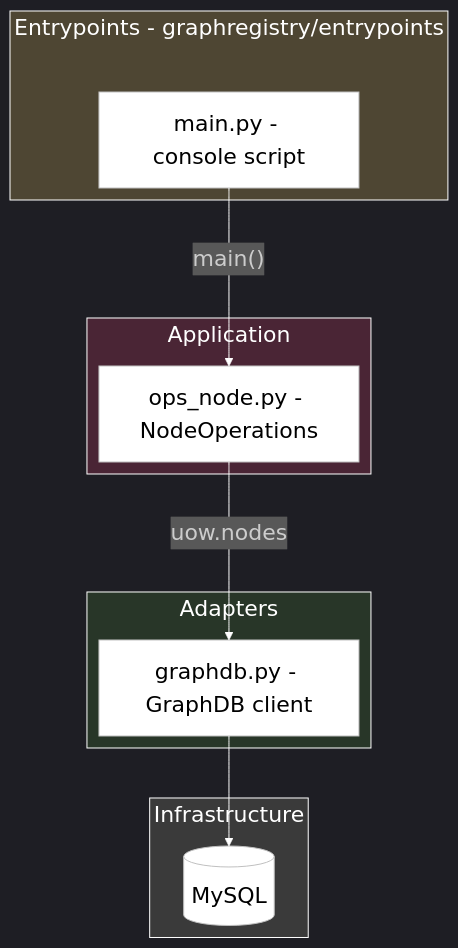
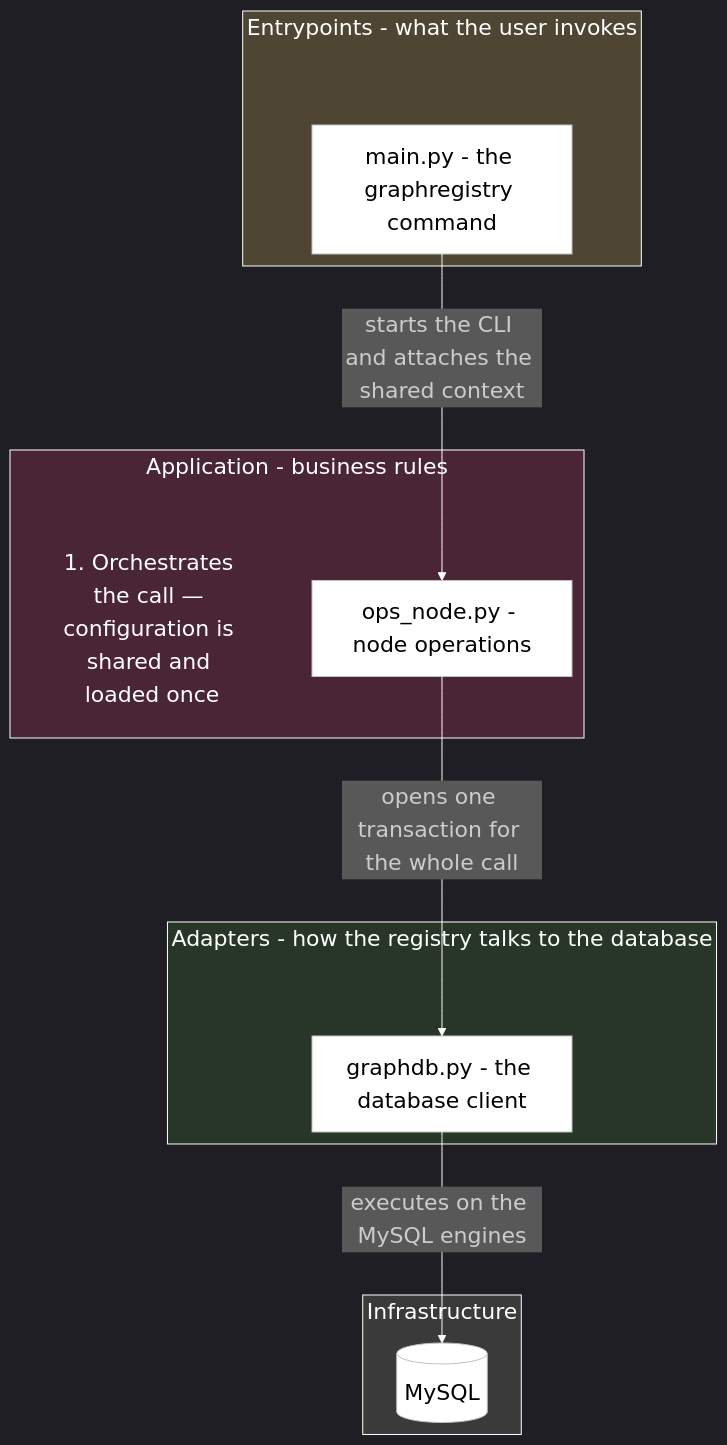
The diagram in skills/sketching/SKILL.md (epflgraph/graphagents), drawn with Mermaid before and after one commit. The commit also changed other lines of this file and 1 other file, not shown here.

````diff
--- a/skills/sketching/SKILL.md
+++ b/skills/sketching/SKILL.md
@@ -50,26 +59,30 @@
 ```mermaid
 %%{init: {"theme": "dark", "themeVariables": {"background": "#1E1E1E", "fontSize": "22px"}}}%%
 flowchart-elk TD
-    subgraph EP["Entrypoints - graphregistry/entrypoints"]
-        MAIN["main.py - console script"]
+    subgraph EP["Entrypoints - what the user invokes"]
+        MAIN["main.py - the graphregistry command"]
     end
-    subgraph APP["Application"]
-        OPS["ops_node.py - NodeOperations"]
+    subgraph APP["Application - business rules"]
+        OPS["ops_node.py - node operations"]
+        CAP_APP["1. Orchestrates the call — configuration is shared and loaded once"]
     end
-    subgraph ADPT["Adapters"]
-        DB["graphdb.py - GraphDB client"]
+    subgraph ADPT["Adapters - how the registry talks to the database"]
+        DB["graphdb.py - the database client"]
     end
     subgraph INFRA["Infrastructure"]
         MYSQL[("MySQL")]
     end
-    MAIN -->|"main()"| OPS
-    OPS -->|"uow.nodes"| DB
-    DB --> MYSQL
+    %% the story, end to end
+    MAIN -->|"starts the CLI and attaches the shared context"| OPS
+    OPS -->|"opens one transaction for the whole call"| DB
+    DB -->|"executes on the MySQL engines"| MYSQL
     classDef box fill:#FFFFFF,stroke:#C0C0C0,color:#000000;
+    classDef note fill:transparent,stroke:none,color:#FFFFFF;
     linkStyle default stroke:#FFFFFF,color:#FFFFFF
     style EP fill:#4E4633,stroke:#FFFFFF,color:#FFFFFF
     style APP fill:#4A2535,stroke:#FFFFFF,color:#FFFFFF
     style ADPT fill:#283628,stroke:#FFFFFF,color:#FFFFFF
     style INFRA fill:#3A3A3A,stroke:#FFFFFF,color:#FFFFFF
     class MAIN,OPS,DB,MYSQL box;
+    class CAP_APP note;
 ```
````
